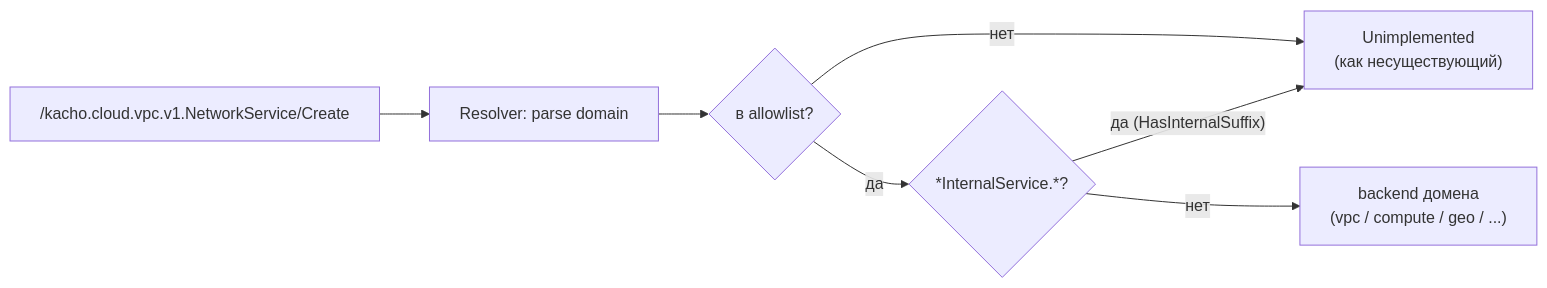
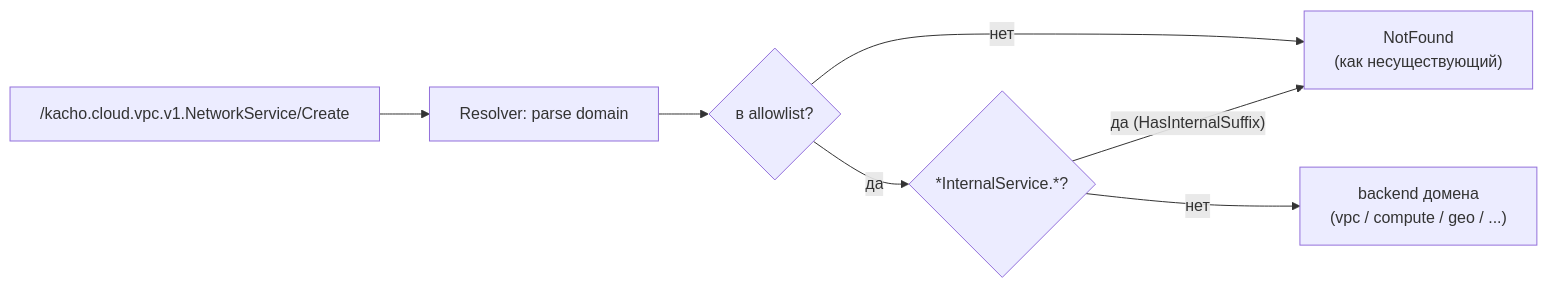
The first of 2 diagrams in gateway/docs/content/architecture/routing.mdx (PRO-Robotech/kacho), drawn with Mermaid before and after one commit. The commit also changed other lines of this file and 4 other files, not shown here.

````diff
--- a/gateway/docs/content/architecture/routing.mdx
+++ b/gateway/docs/content/architecture/routing.mdx
@@ -19,9 +33,9 @@
 ```mermaid
 flowchart LR
   req["/kacho.cloud.vpc.v1.NetworkService/Create"] --> parse["Resolver: parse domain"]
   parse --> al{"в allowlist?"}
-  al -->|"нет"| deny["Unimplemented<br/>(как несуществующий)"]
+  al -->|"нет"| deny["NotFound<br/>(как несуществующий)"]
   al -->|"да"| suf{"*InternalService.*?"}
   suf -->|"да (HasInternalSuffix)"| deny
   suf -->|"нет"| be["backend домена<br/>(vpc / compute / geo / ...)"]
 ```
````
